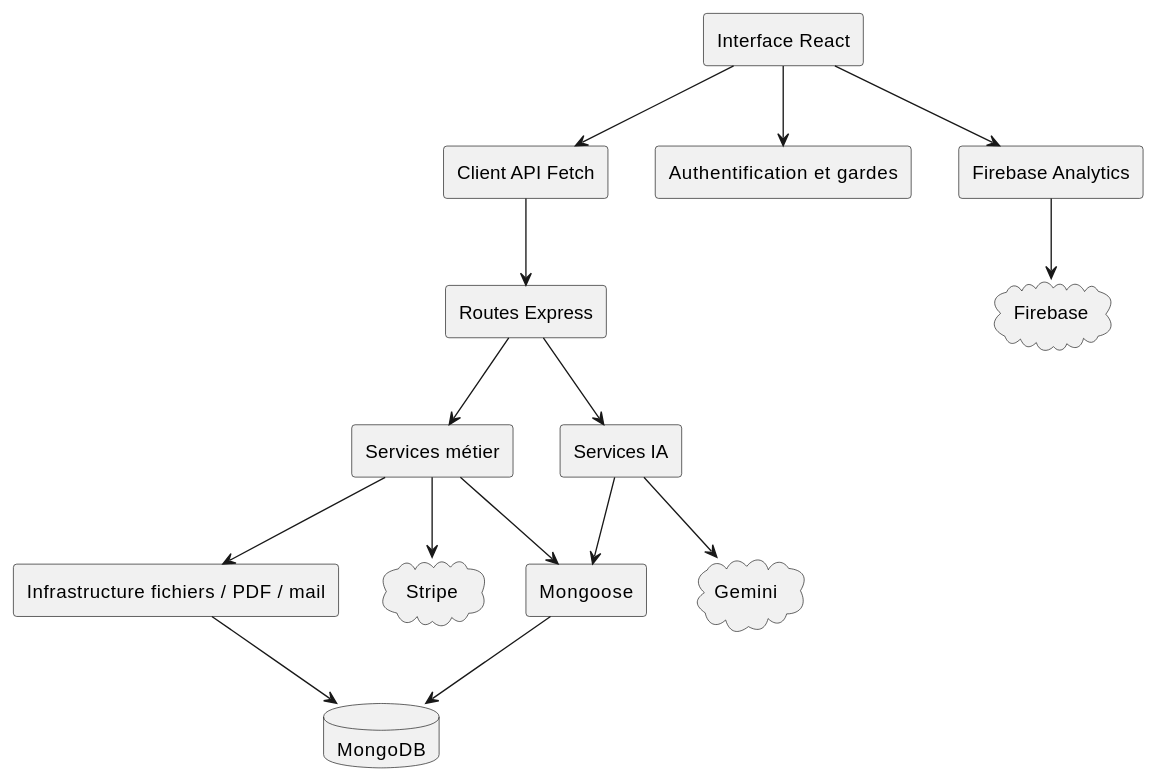
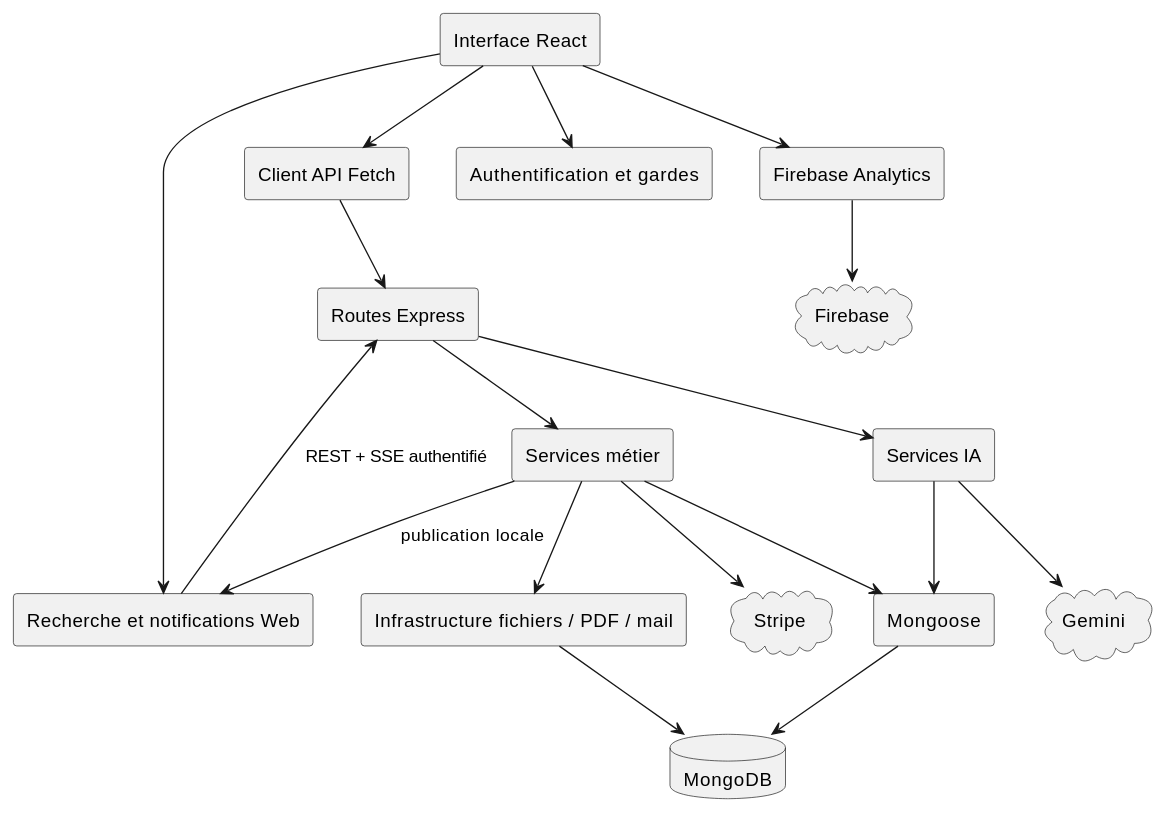
The ninth of 10 diagrams in Docs/Rapport de projet v2 - version definitive.md (adambsr/Plateforme_Formations), drawn with PlantUML before and after one commit. The commit also changed other lines of this file and 54 other files, not shown here.

````diff
--- a/Docs/Rapport de projet v2 - version definitive.md
+++ b/Docs/Rapport de projet v2 - version definitive.md
@@ -704,34 +721,38 @@
 ```plantuml
 @startuml
 skinparam componentStyle rectangle
 
 [Interface React] as Web
 [Client API Fetch] as Client
 [Authentification et gardes] as Auth
+[Recherche et notifications Web] as Live
 [Firebase Analytics] as FA
 [Routes Express] as Routes
 [Services métier] as Services
 [Services IA] as AI
 [Infrastructure fichiers / PDF / mail] as Infra
 [Mongoose] as ODM
 database "MongoDB" as DB
 cloud "Stripe" as Stripe
 cloud "Gemini" as Gemini
 cloud "Firebase" as Firebase
 
 Web --> Client
 Web --> Auth
+Web --> Live
 Web --> FA
 Client --> Routes
+Live --> Routes : REST + SSE authentifié
 Routes --> Services
 Routes --> AI
 Services --> Infra
 Services --> ODM
 AI --> ODM
 AI --> Gemini
 ODM --> DB
 Services --> Stripe
+Services --> Live : publication locale
 Infra --> DB
 FA --> Firebase
 @enduml
 ```
````
